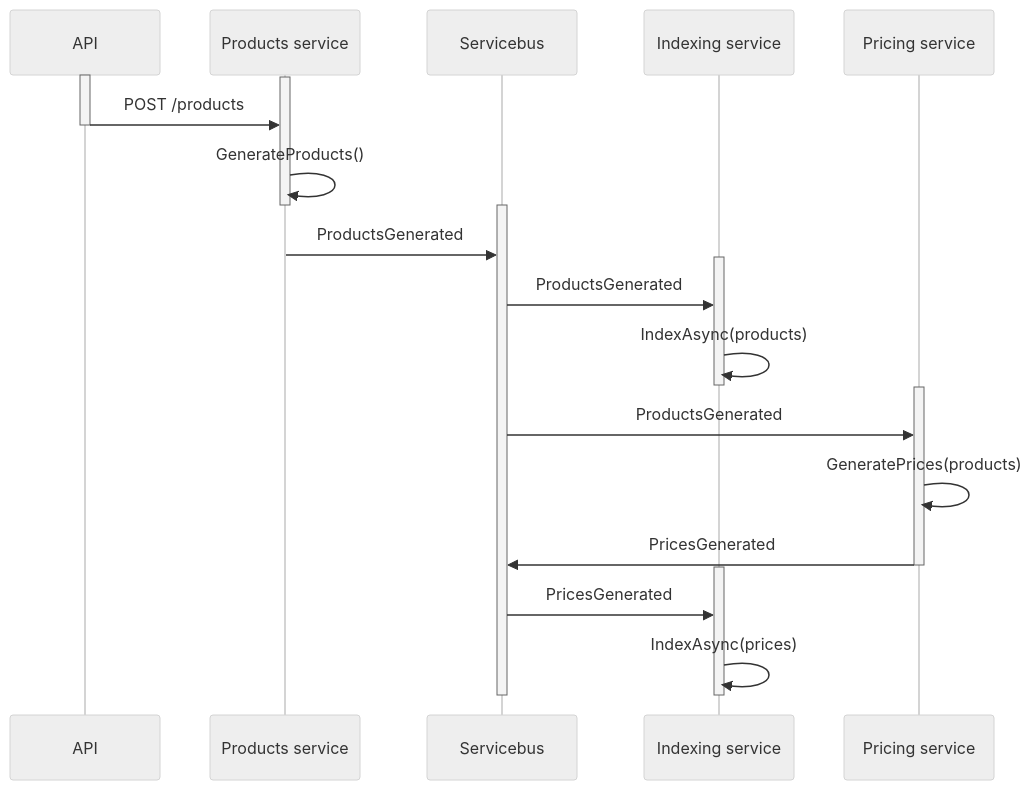
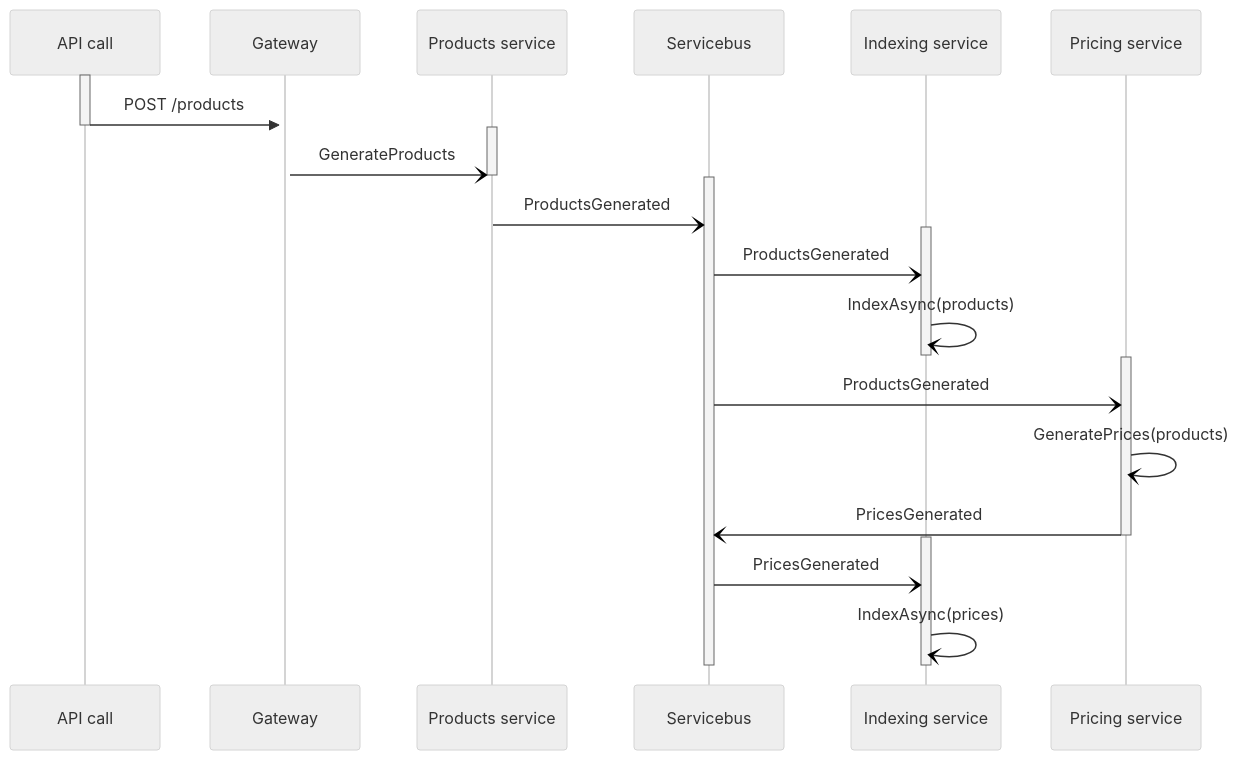
The diagram in docs/architecture/sequence-diagrams/generate-products.md (Physer/Microshop.NET), drawn with Mermaid (neutral theme) before and after one commit.

Commit message:
docs(architecture): updated sequence diagram

````diff
--- a/docs/architecture/sequence-diagrams/generate-products.md
+++ b/docs/architecture/sequence-diagrams/generate-products.md
@@ -1,31 +1,32 @@
 ```mermaid
 sequenceDiagram  
-  activate API
+  activate API call
+  activate Gateway
+  API call->>Gateway: POST /products
+  deactivate API call
+
   activate Products service
-  API->>Products service: POST /products
-  deactivate API
-
-  Products service->>Products service: GenerateProducts()
+  Gateway-)Products service: GenerateProducts
   deactivate Products service
   
   activate Servicebus
-  Products service->>Servicebus: ProductsGenerated
+  Products service-)Servicebus: ProductsGenerated
   
   activate Indexing service
-  Servicebus->>Indexing service: ProductsGenerated
-  Indexing service->>Indexing service: IndexAsync(products)
+  Servicebus-)Indexing service: ProductsGenerated
+  Indexing service-)Indexing service: IndexAsync(products)
   deactivate Indexing service
 
   activate Pricing service
-  Servicebus->>Pricing service: ProductsGenerated
-  Pricing service->>Pricing service: GeneratePrices(products)
-  Pricing service->>Servicebus: PricesGenerated
+  Servicebus-)Pricing service: ProductsGenerated
+  Pricing service-)Pricing service: GeneratePrices(products)
+  Pricing service-)Servicebus: PricesGenerated
   deactivate Pricing service
 
   activate Indexing service
-  Servicebus->>Indexing service: PricesGenerated
-  Indexing service->>Indexing service: IndexAsync(prices)
+  Servicebus-)Indexing service: PricesGenerated
+  Indexing service-)Indexing service: IndexAsync(prices)
   deactivate Indexing service
   
   deactivate Servicebus
 ```
````
